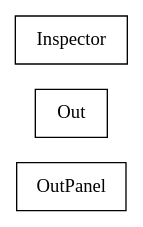
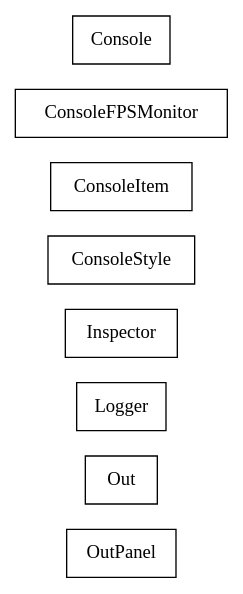
The diagram in docs/com/sekati/log/classes.dot (sekati/sasapi), drawn with Graphviz before and after one commit. The commit also changed 113 other files, not shown here.

```diff
--- a/docs/com/sekati/log/classes.dot
+++ b/docs/com/sekati/log/classes.dot
@@ -1,21 +1,51 @@
 strict digraph class_diagram {
   rankdir=LR;
   TypeOutPanel[
     label="OutPanel",
     URL="OutPanel.html",
     tooltip="com.sekati.log.OutPanel",
     shape="record"
   ];
   TypeOut[
     label="Out",
     URL="Out.html",
     tooltip="com.sekati.log.Out",
     shape="record"
   ];
+  TypeLogger[
+    label="Logger",
+    URL="Logger.html",
+    tooltip="com.sekati.log.Logger",
+    shape="record"
+  ];
   TypeInspector[
     label="Inspector",
     URL="Inspector.html",
     tooltip="com.sekati.log.Inspector",
     shape="record"
   ];
+  TypeConsoleStyle[
+    label="ConsoleStyle",
+    URL="ConsoleStyle.html",
+    tooltip="com.sekati.log.ConsoleStyle",
+    shape="record"
+  ];
+  TypeConsoleItem[
+    label="ConsoleItem",
+    URL="ConsoleItem.html",
+    tooltip="com.sekati.log.ConsoleItem",
+    shape="record"
+  ];
+  TypeConsoleFPSMonitor[
+    label="ConsoleFPSMonitor",
+    URL="ConsoleFPSMonitor.html",
+    tooltip="com.sekati.log.ConsoleFPSMonitor",
+    shape="record"
+  ];
+  TypeConsole[
+    label="Console",
+    URL="Console.html",
+    tooltip="com.sekati.log.Console",
+    shape="record"
+  ];
 }
```
